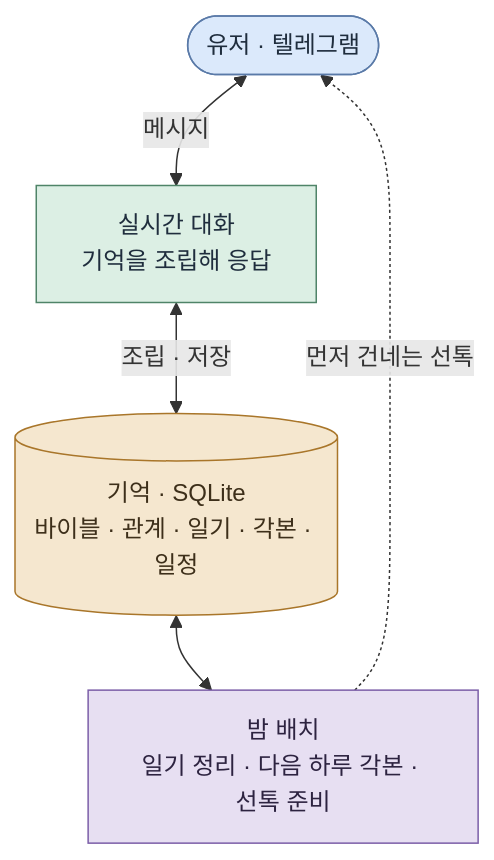
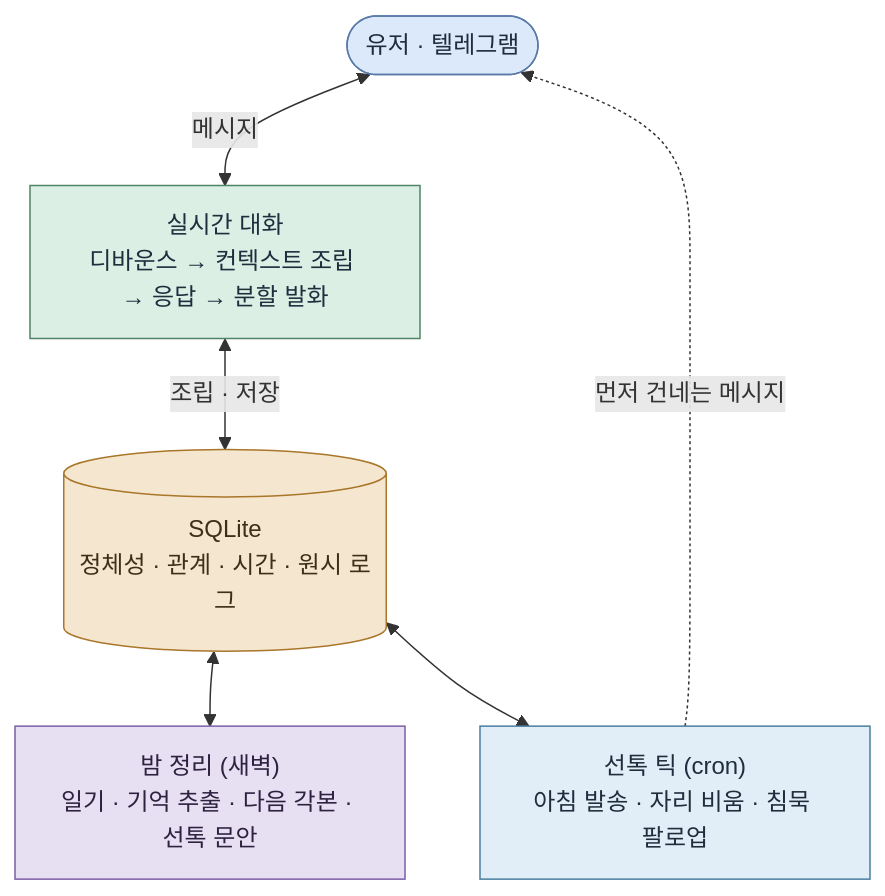
One commit to hyewon3938/random-ai-companion changed the diagram in README.md. Above: the diagram before and after it, drawn with Mermaid. The commit also changed other lines of this file, not shown here.

````diff
--- a/README.md
+++ b/README.md
@@ -123,15 +135,18 @@
 ```mermaid
 graph TB
     U(["유저 · 텔레그램"])
-    BOT["실시간 대화<br/>기억을 조립해 응답"]
-    MEM[("기억 · SQLite<br/>바이블 · 관계 · 일기 · 각본 · 일정")]
-    BATCH["밤 배치<br/>일기 정리 · 다음 하루 각본 · 선톡 준비"]
+    BOT["실시간 대화<br/>디바운스 → 컨텍스트 조립 → 응답 → 분할 발화"]
+    MEM[("SQLite<br/>정체성 · 관계 · 시간 · 원시 로그")]
+    TICK["선톡 틱 (cron)<br/>아침 발송 · 자리 비움 · 침묵 팔로업"]
+    BATCH["밤 정리 (새벽)<br/>일기 · 기억 추출 · 다음 각본 · 선톡 문안"]
     U <-->|메시지| BOT
     BOT <-->|조립 · 저장| MEM
     MEM <--> BATCH
-    BATCH -.->|먼저 건네는 선톡| U
+    MEM <--> TICK
+    TICK -.->|먼저 건네는 메시지| U
     style U fill:#dbe9fb,stroke:#5a7aa8,color:#1f2d3d
     style BOT fill:#dcefe4,stroke:#4f8468,color:#1f2d3d
     style MEM fill:#f5e7cf,stroke:#a9762a,color:#3d2f1a
+    style TICK fill:#e2eef7,stroke:#4a7f9e,color:#1f2d3d
     style BATCH fill:#e7dff2,stroke:#7b5ea8,color:#2d2340
 ```
````
